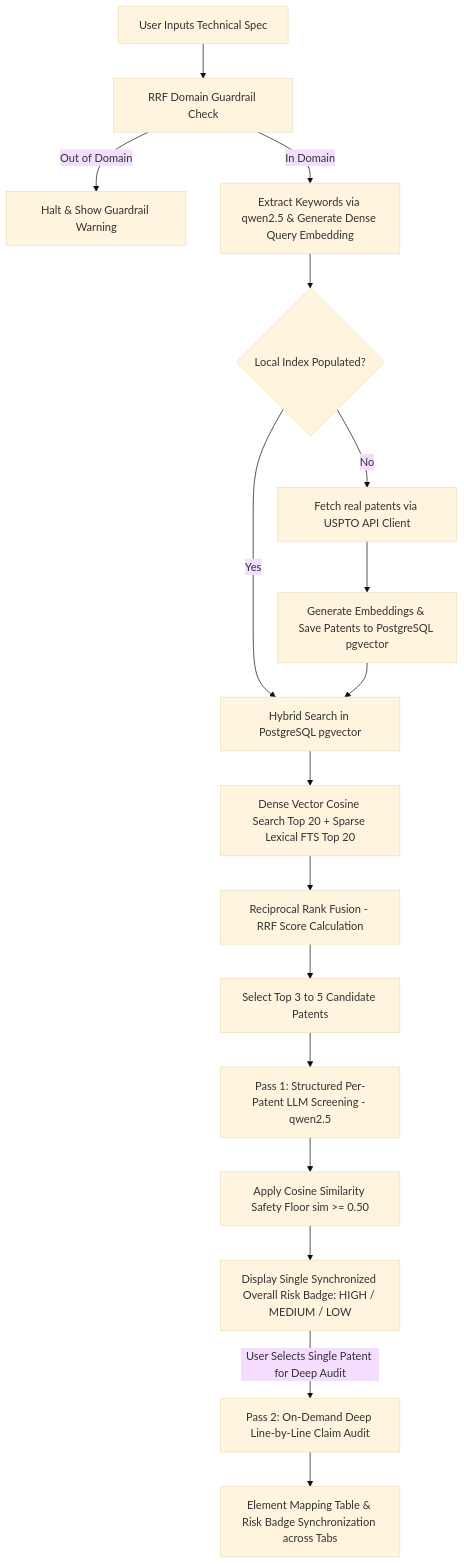
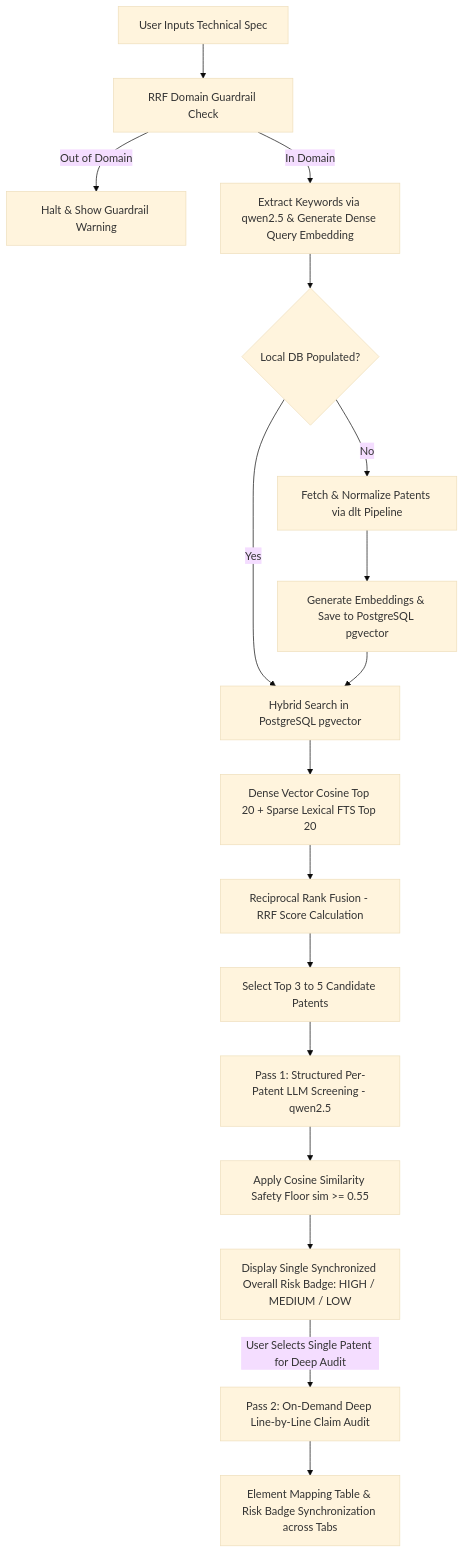
The diagram in complete_project_architecture_and_workflow.md (laluni/software-ai-patent-auditor), drawn with Mermaid (base theme) before and after one commit. The commit also changed other lines of this file and 3 other files, not shown here.

Commit message:
docs: overhaul all secondary markdown documentation (setup, usage, workflow, monitoring) to remove AI tropes and align with revised architecture

````diff
--- a/complete_project_architecture_and_workflow.md
+++ b/complete_project_architecture_and_workflow.md
@@ -21,19 +21,19 @@
 ```mermaid
 flowchart TD
     A[User Inputs Technical Spec] --> B[RRF Domain Guardrail Check]
     B -->|Out of Domain| C[Halt & Show Guardrail Warning]
     B -->|In Domain| D[Extract Keywords via qwen2.5 & Generate Dense Query Embedding]
-    D --> E{Local Index Populated?}
-    E -->|No| F[Fetch real patents via USPTO API Client]
-    F --> G[Generate Embeddings & Save Patents to PostgreSQL pgvector]
+    D --> E{Local DB Populated?}
+    E -->|No| F[Fetch & Normalize Patents via dlt Pipeline]
+    F --> G[Generate Embeddings & Save to PostgreSQL pgvector]
     E -->|Yes| H[Hybrid Search in PostgreSQL pgvector]
     G --> H
-    H --> I[Dense Vector Cosine Search Top 20 + Sparse Lexical FTS Top 20]
+    H --> I[Dense Vector Cosine Top 20 + Sparse Lexical FTS Top 20]
     I --> J[Reciprocal Rank Fusion - RRF Score Calculation]
     J --> K[Select Top 3 to 5 Candidate Patents]
     K --> L[Pass 1: Structured Per-Patent LLM Screening - qwen2.5]
-    L --> M[Apply Cosine Similarity Safety Floor sim >= 0.50]
+    L --> M[Apply Cosine Similarity Safety Floor sim >= 0.55]
     M --> N[Display Single Synchronized Overall Risk Badge: HIGH / MEDIUM / LOW]
     N -->|User Selects Single Patent for Deep Audit| O[Pass 2: On-Demand Deep Line-by-Line Claim Audit]
     O --> P[Element Mapping Table & Risk Badge Synchronization across Tabs]
 ```
````
